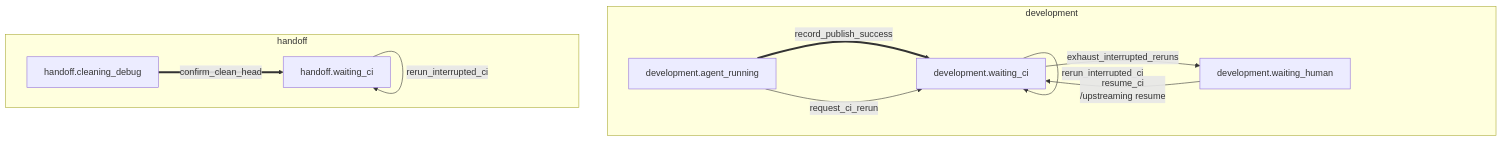
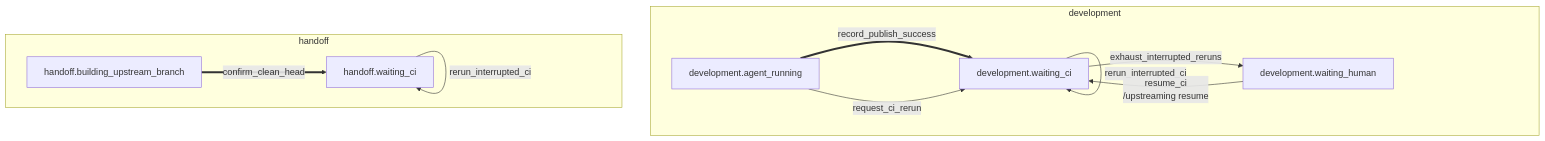
Diagram 46 of 60 in docs/state-machine/decisions.md (riseproject-dev/porting-agent), drawn with Mermaid before and after one commit. The commit also changed other lines of this file and 55 other files, not shown here.

````diff
--- a/docs/state-machine/decisions.md
+++ b/docs/state-machine/decisions.md
@@ -1098,21 +1098,21 @@
 ```mermaid
 flowchart TB
     subgraph development["development"]
         development_agent_running["development.agent_running"]
         development_waiting_ci["development.waiting_ci"]
         development_waiting_human["development.waiting_human"]
     end
     subgraph handoff["handoff"]
-        handoff_cleaning_debug["handoff.cleaning_debug"]
+        handoff_building_upstream_branch["handoff.building_upstream_branch"]
         handoff_waiting_ci["handoff.waiting_ci"]
     end
 
     development_agent_running ==>|record_publish_success| development_waiting_ci
     development_agent_running -->|request_ci_rerun| development_waiting_ci
     development_waiting_ci ==>|record_head_change| development_waiting_ci
     development_waiting_ci -->|rerun_interrupted_ci| development_waiting_ci
     development_waiting_ci -->|exhaust_interrupted_reruns| development_waiting_human
     development_waiting_human -->|resume_ci<br/>/upstreaming resume| development_waiting_ci
-    handoff_cleaning_debug ==>|confirm_clean_head| handoff_waiting_ci
+    handoff_building_upstream_branch ==>|confirm_clean_head| handoff_waiting_ci
     handoff_waiting_ci -->|rerun_interrupted_ci| handoff_waiting_ci
 ```
````
